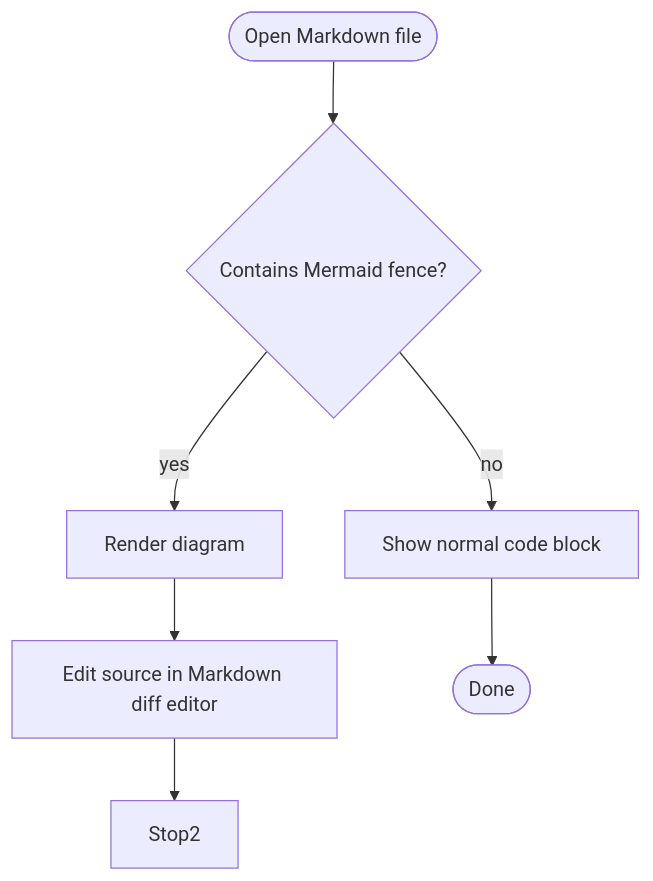
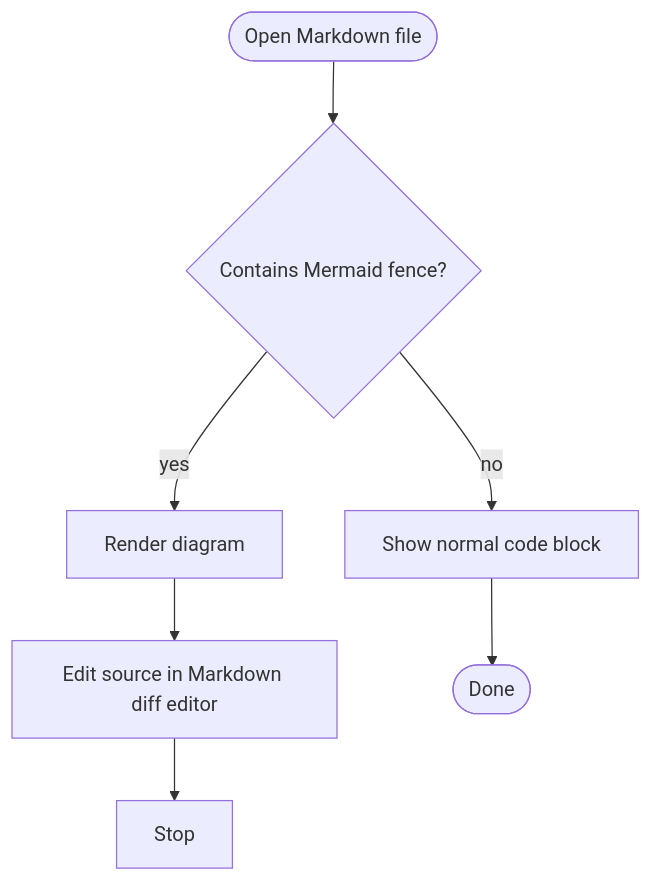
The diagram in docs/mermaid-demo.md (grlap/TermAl), drawn with Mermaid before and after one commit. The commit also changed other lines of this file and 1 other file, not shown here.

Commit message:
Fix Mermaid demo typo

````diff
--- a/docs/mermaid-demo.md
+++ b/docs/mermaid-demo.md
@@ -2,9 +2,9 @@
 ```mermaid
 flowchart TD
   Start([Open Markdown file]) --> Detect{Contains Mermaid fence?}
   Detect -- yes --> Render[Render diagram]
   Detect -- no --> Code[Show normal code block]
   Render --> Edit[Edit source in Markdown diff editor]
   Code --> End([Done])
-  Edit --> Stop2
+  Edit --> Stop
 ```
````
